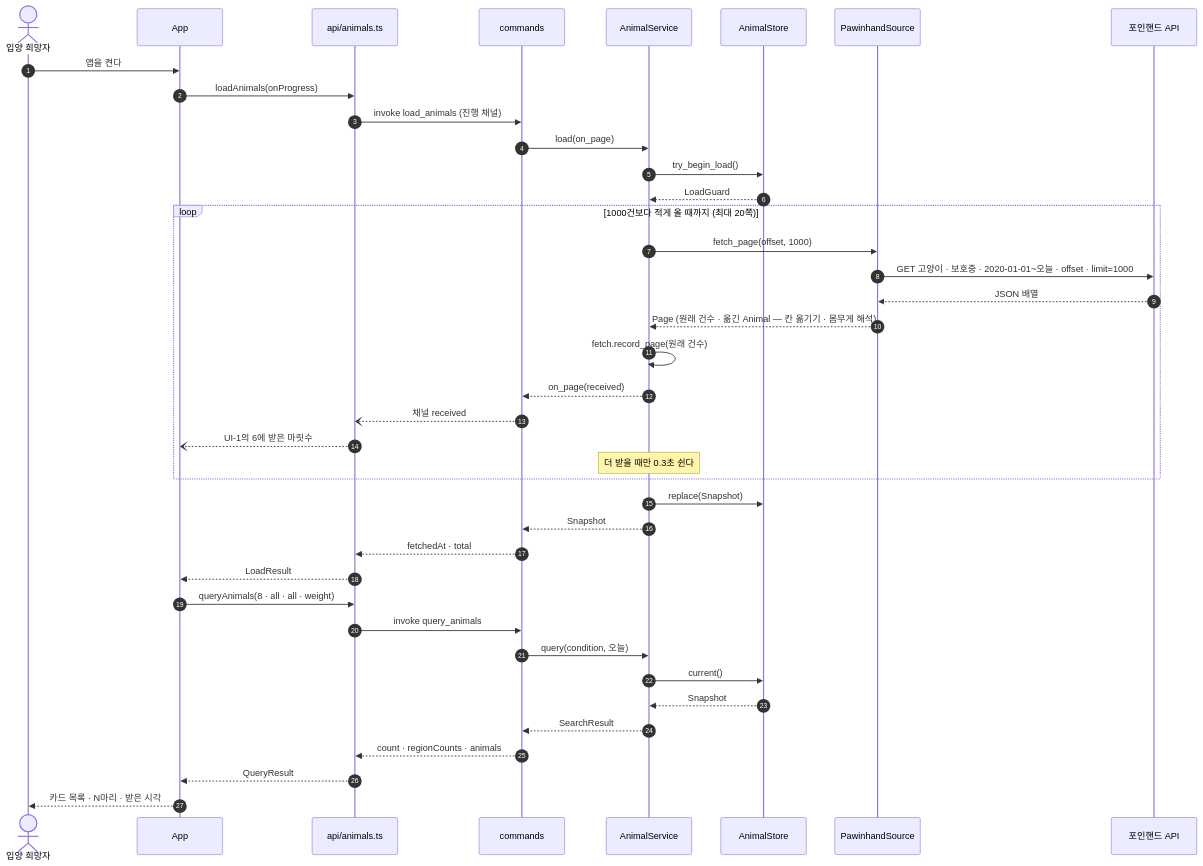
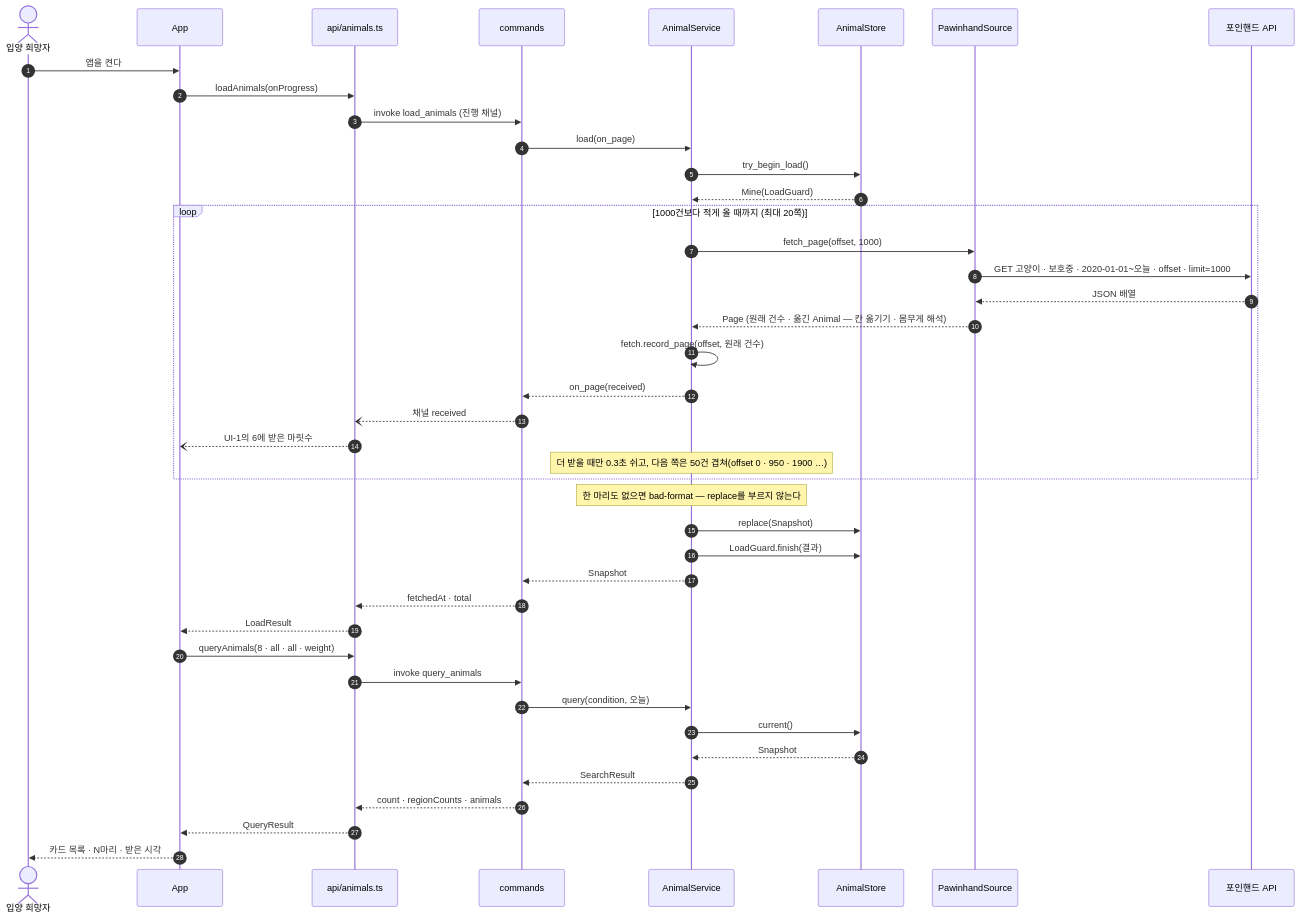
One commit to HoyoungParkme/fourinhand-crawl changed the first of 5 diagrams in docs/specs/09-SEQ/PAW-SEQ-001.md. Above: the diagram before and after it, drawn with Mermaid. The commit also changed other lines of this file, not shown here.

Commit message:
코드 리뷰 반영: 받는 중에 또 부르면 새로 받지 않고 그 받기의 결과를 함께 받는다(busy 없음), 다음 쪽은 50건 겹쳐(offset 0 · 950 …), 한 마리도 없으면 bad-format으로 replace하지 않는다, 눈금자는 놓을 때 한 번 조회

````diff
--- a/docs/specs/09-SEQ/PAW-SEQ-001.md
+++ b/docs/specs/09-SEQ/PAW-SEQ-001.md
@@ -37,42 +37,44 @@
 ```mermaid
 sequenceDiagram
     autonumber
     actor U as 입양 희망자
     participant APP as App
     participant API as api/animals.ts
     participant CMD as commands
     participant SVC as AnimalService
     participant ST as AnimalStore
     participant PS as PawinhandSource
     participant PAW as 포인핸드 API
     U->>APP: 앱을 켠다
     APP->>API: loadAnimals(onProgress)
     API->>CMD: invoke load_animals (진행 채널)
     CMD->>SVC: load(on_page)
     SVC->>ST: try_begin_load()
-    ST-->>SVC: LoadGuard
+    ST-->>SVC: Mine(LoadGuard)
     loop 1000건보다 적게 올 때까지 (최대 20쪽)
         SVC->>PS: fetch_page(offset, 1000)
         PS->>PAW: GET 고양이 · 보호중 · 2020-01-01~오늘 · offset · limit=1000
         PAW-->>PS: JSON 배열
         PS-->>SVC: Page (원래 건수 · 옮긴 Animal — 칸 옮기기 · 몸무게 해석)
-        SVC->>SVC: fetch.record_page(원래 건수)
+        SVC->>SVC: fetch.record_page(offset, 원래 건수)
         SVC-->>CMD: on_page(received)
         CMD--)API: 채널 received
         API--)APP: UI-1의 6에 받은 마릿수
-        Note over SVC: 더 받을 때만 0.3초 쉰다
+        Note over SVC: 더 받을 때만 0.3초 쉬고, 다음 쪽은 50건 겹쳐(offset 0 · 950 · 1900 …)
     end
+    Note over SVC: 한 마리도 없으면 bad-format — replace를 부르지 않는다
     SVC->>ST: replace(Snapshot)
+    SVC->>ST: LoadGuard.finish(결과)
     SVC-->>CMD: Snapshot
     CMD-->>API: fetchedAt · total
     API-->>APP: LoadResult
     APP->>API: queryAnimals(8 · all · all · weight)
     API->>CMD: invoke query_animals
     CMD->>SVC: query(condition, 오늘)
     SVC->>ST: current()
     ST-->>SVC: Snapshot
     SVC-->>CMD: SearchResult
     CMD-->>API: count · regionCounts · animals
     API-->>APP: QueryResult
     APP-->>U: 카드 목록 · N마리 · 받은 시각
 ```
````
